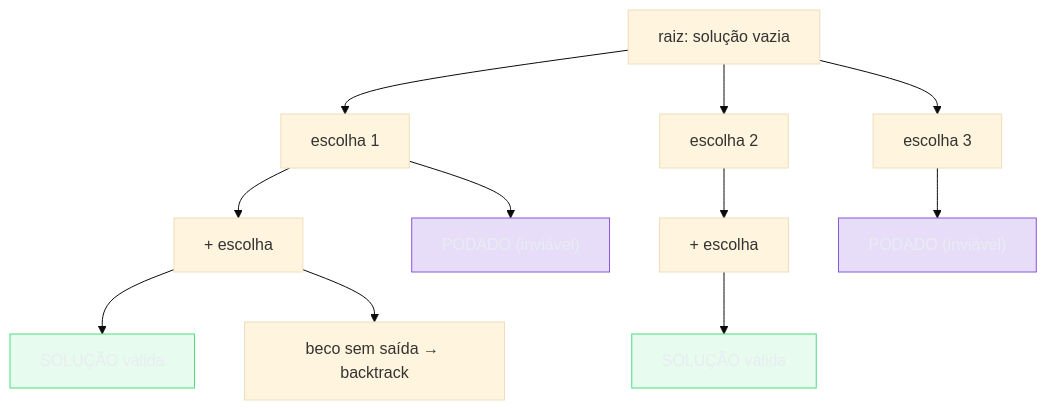
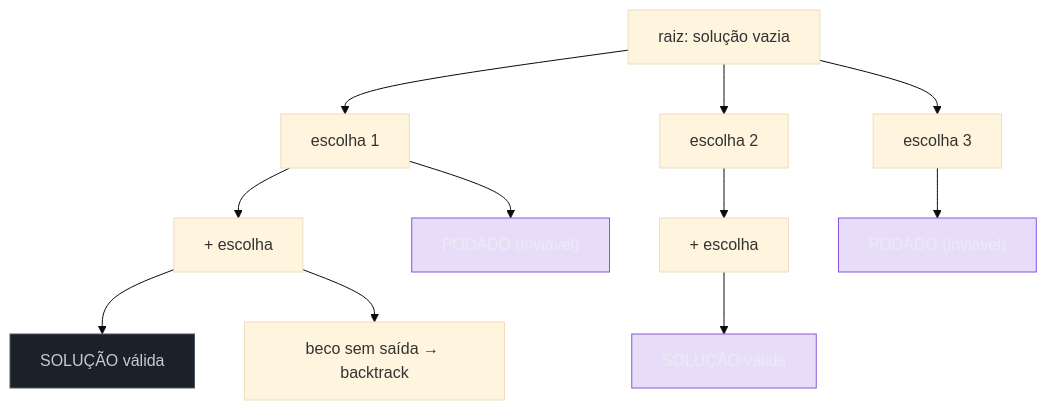
Before and after one commit to josenaldo/codex-technomanticus: the first of 6 diagrams in 03-Dominios/Ciência/Algoritmos/12 - Backtracking.md, drawn with Mermaid (base theme). The commit also changed other lines of this file and 601 other files, not shown here.

````diff
--- a/03-Dominios/Ciência/Algoritmos/12 - Backtracking.md
+++ b/03-Dominios/Ciência/Algoritmos/12 - Backtracking.md
@@ -44,20 +44,20 @@
 ```mermaid
 flowchart TD
+    classDef neutro fill:#1B2029,stroke:#4E5666,color:#C6CCD8
     classDef marca fill:#8855DF33,stroke:#8855DF,color:#E9ECF2
-    classDef ok fill:#4ADE8021,stroke:#4ADE80,color:#E9ECF2
     A["raiz: solução vazia"] --> B["escolha 1"]
     A --> C["escolha 2"]
     A --> D["escolha 3"]
     B --> B1["+ escolha"]
     B --> B2["PODADO (inviável)"]
     B1 --> B1a["SOLUÇÃO válida"]
     B1 --> B1b["beco sem saída → backtrack"]
     C --> C1["+ escolha"]
     C1 --> C1a["SOLUÇÃO válida"]
     D --> D1["PODADO (inviável)"]
 
     class B2 marca
     class D1 marca
-    class B1a ok
-    class C1a ok
+    class B1a neutro
+    class C1a marca
 ```
````
